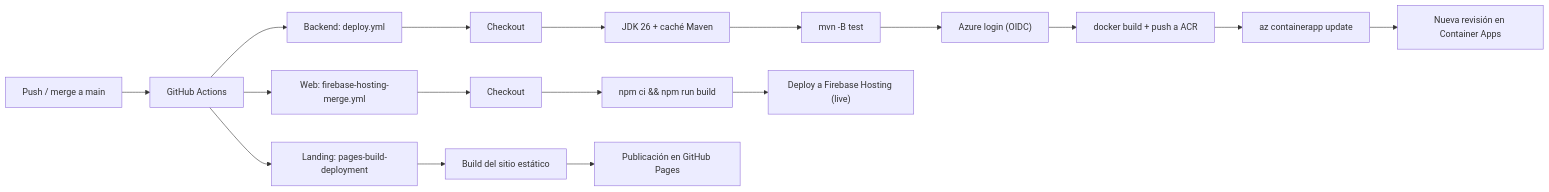
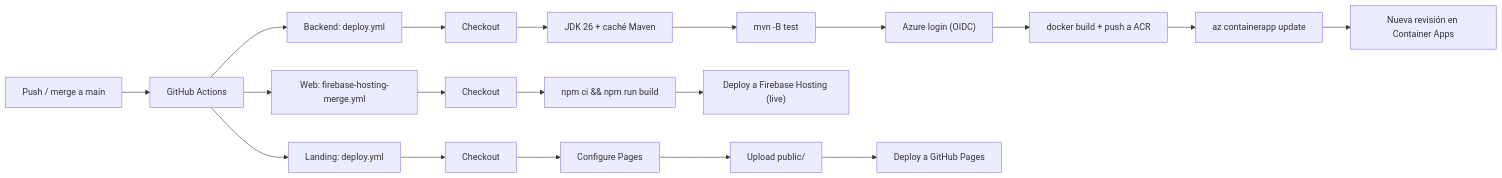
The diagram in report/main-content/7.3-continuous-deployment.md (Experimentos-1ASI0732-2620-9104/report-), drawn with Mermaid before and after one commit. The commit also changed other lines of this file and 2 other files, not shown here.

Commit message:
docs(devops): update continuous integration, delivery and deployment

````diff
--- a/report/main-content/7.3-continuous-deployment.md
+++ b/report/main-content/7.3-continuous-deployment.md
@@ -80,10 +80,10 @@
 ```mermaid
 flowchart LR
     m["Push / merge a main"] --> gha["GitHub Actions"]
     gha --> be["Backend: deploy.yml"]
     gha --> web["Web: firebase-hosting-merge.yml"]
-    gha --> lp["Landing: pages-build-deployment"]
+    gha --> lp["Landing: deploy.yml"]
     be --> b1["Checkout"] --> b2["JDK 26 + caché Maven"] --> b3["mvn -B test"] --> b4["Azure login (OIDC)"] --> b5["docker build + push a ACR"] --> b6["az containerapp update"] --> b7["Nueva revisión en Container Apps"]
     web --> w1["Checkout"] --> w2["npm ci && npm run build"] --> w3["Deploy a Firebase Hosting (live)"]
-    lp --> l1["Build del sitio estático"] --> l2["Publicación en GitHub Pages"]
+    lp --> l1["Checkout"] --> l2["Configure Pages"] --> l3["Upload public/"] --> l4["Deploy a GitHub Pages"]
 ```
````
